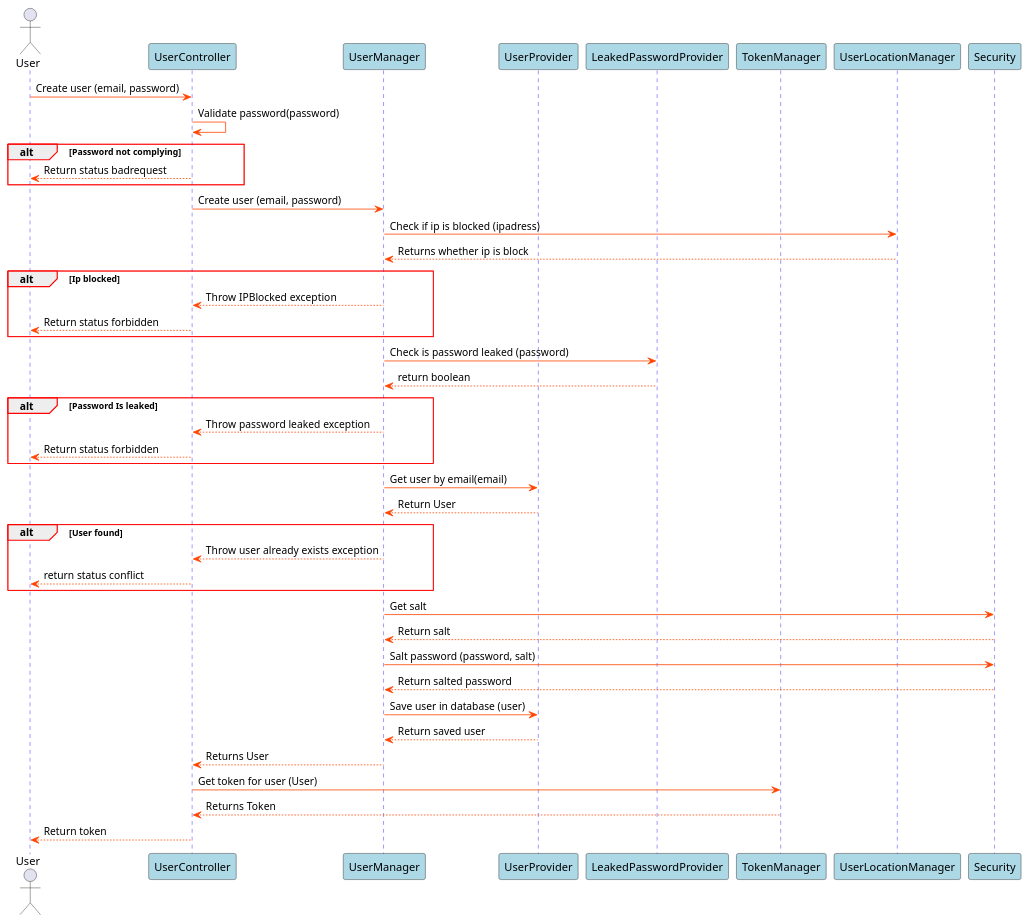
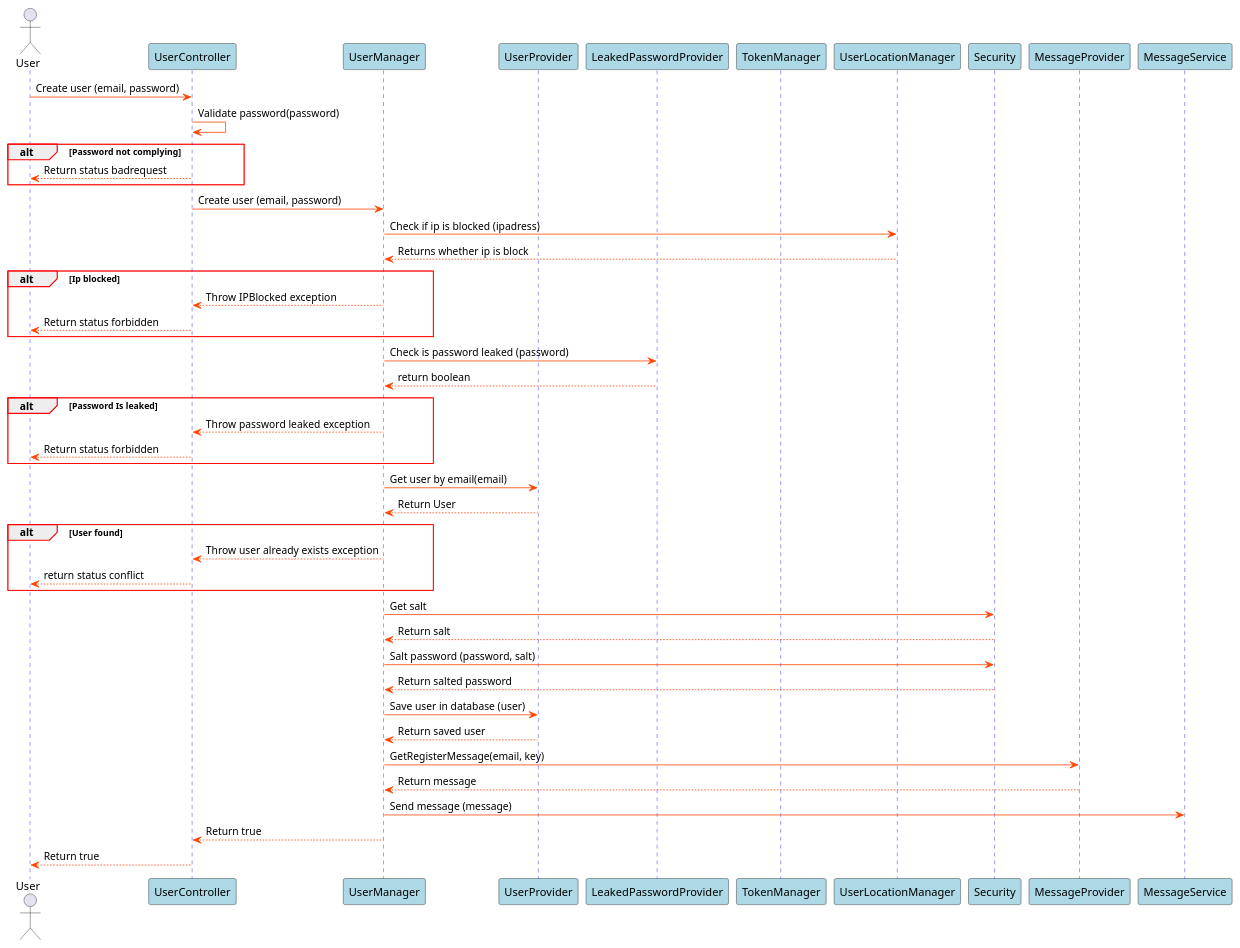
Before and after one commit to blackout1471/trust-us-school: the diagram in Docs/SDDiagrams/CreateUserSD.plantuml, drawn with PlantUML. The commit also changed 33 other files, not shown here.

```diff
--- a/Docs/SDDiagrams/CreateUserSD.plantuml
+++ b/Docs/SDDiagrams/CreateUserSD.plantuml
@@ -1,77 +1,79 @@
 @startuml Create User SD
 
 skinparam sequence {
     GroupBorderColor red
     GroupBorderThickness 1
 
     ArrowColor orangered
 
     LifeLineBorderColor blue
 
     ParticipantBackgroundColor lightblue
 }
 
 actor User
 participant UserController
 participant UserManager
 participant UserProvider
 participant LeakedPasswordProvider
 participant TokenManager
 participant UserLocationManager
 participant Security
+participant MessageProvider
+participant MessageService
 
 
 
 User->UserController: Create user (email, password)
 UserController->UserController: Validate password(password)
 
 alt Password not complying
 UserController-->User: Return status badrequest
 end
 
 UserController->UserManager: Create user (email, password)
 UserManager->UserLocationManager: Check if ip is blocked (ipadress)
 UserLocationManager-->UserManager: Returns whether ip is block
 
 alt Ip blocked
 UserManager-->UserController: Throw IPBlocked exception
 UserController-->User: Return status forbidden
 end
 
 
 UserManager->LeakedPasswordProvider: Check is password leaked (password)
 LeakedPasswordProvider-->UserManager: return boolean
 
 alt Password Is leaked
 UserManager-->UserController: Throw password leaked exception
 UserController-->User: Return status forbidden
 end
 
 UserManager->UserProvider: Get user by email(email)
 UserProvider-->UserManager: Return User
 
 alt User found
 
 UserManager-->UserController: Throw user already exists exception
 UserController-->User: return status conflict
 
 end
 
 
 UserManager->Security: Get salt
 Security-->UserManager: Return salt
 
 UserManager->Security: Salt password (password, salt)
 Security-->UserManager: Return salted password
 
 UserManager->UserProvider: Save user in database (user)
 UserProvider-->UserManager: Return saved user
 
+UserManager->MessageProvider: GetRegisterMessage(email, key)
+MessageProvider-->UserManager: Return message
+UserManager->MessageService: Send message (message)
 
-UserManager-->UserController: Returns User
-UserController->TokenManager: Get token for user (User)
-TokenManager-->UserController: Returns Token
-
-UserController-->User: Return token
+UserManager-->UserController: Return true
+UserController-->User: Return true
 
 @enduml
```
